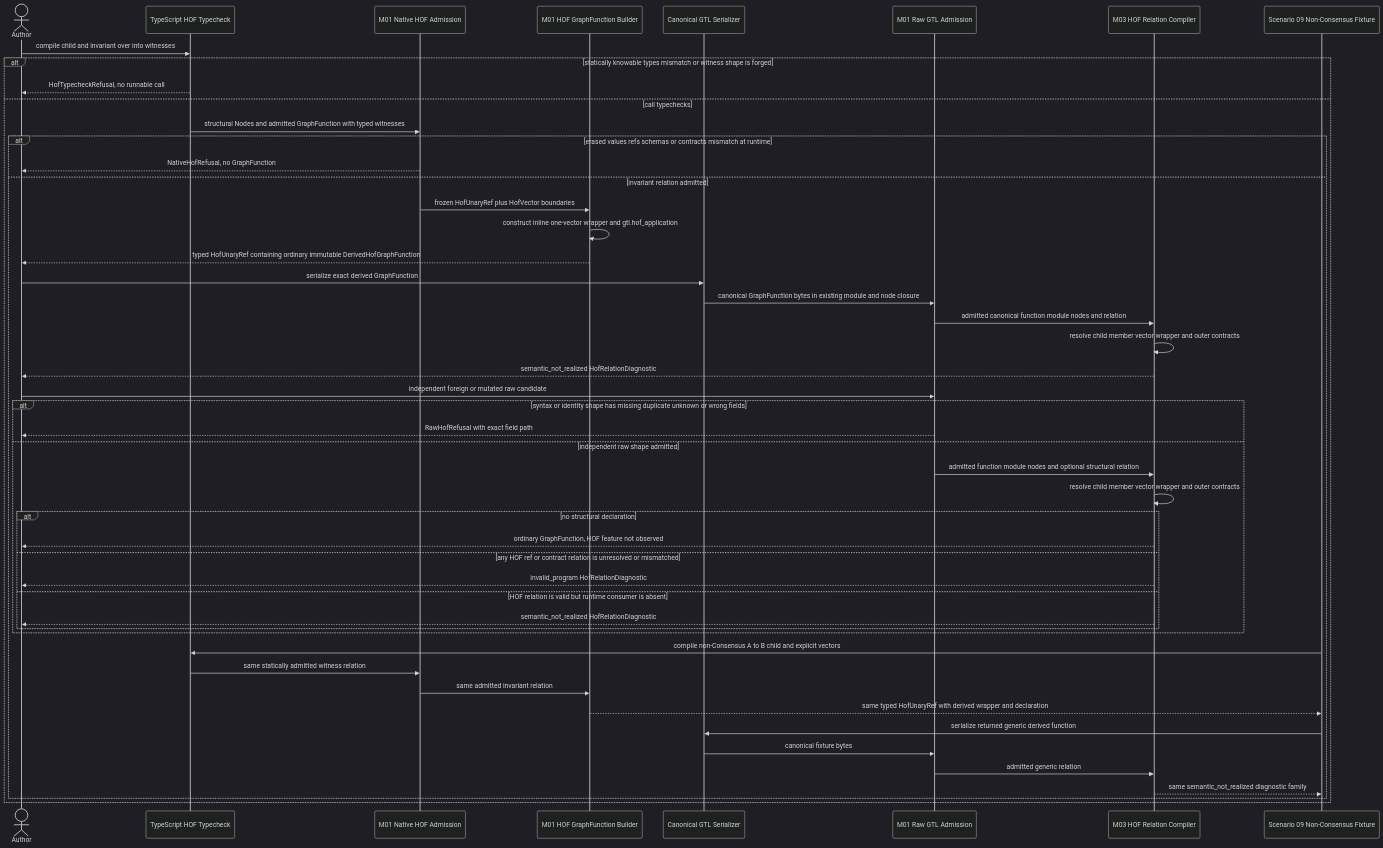
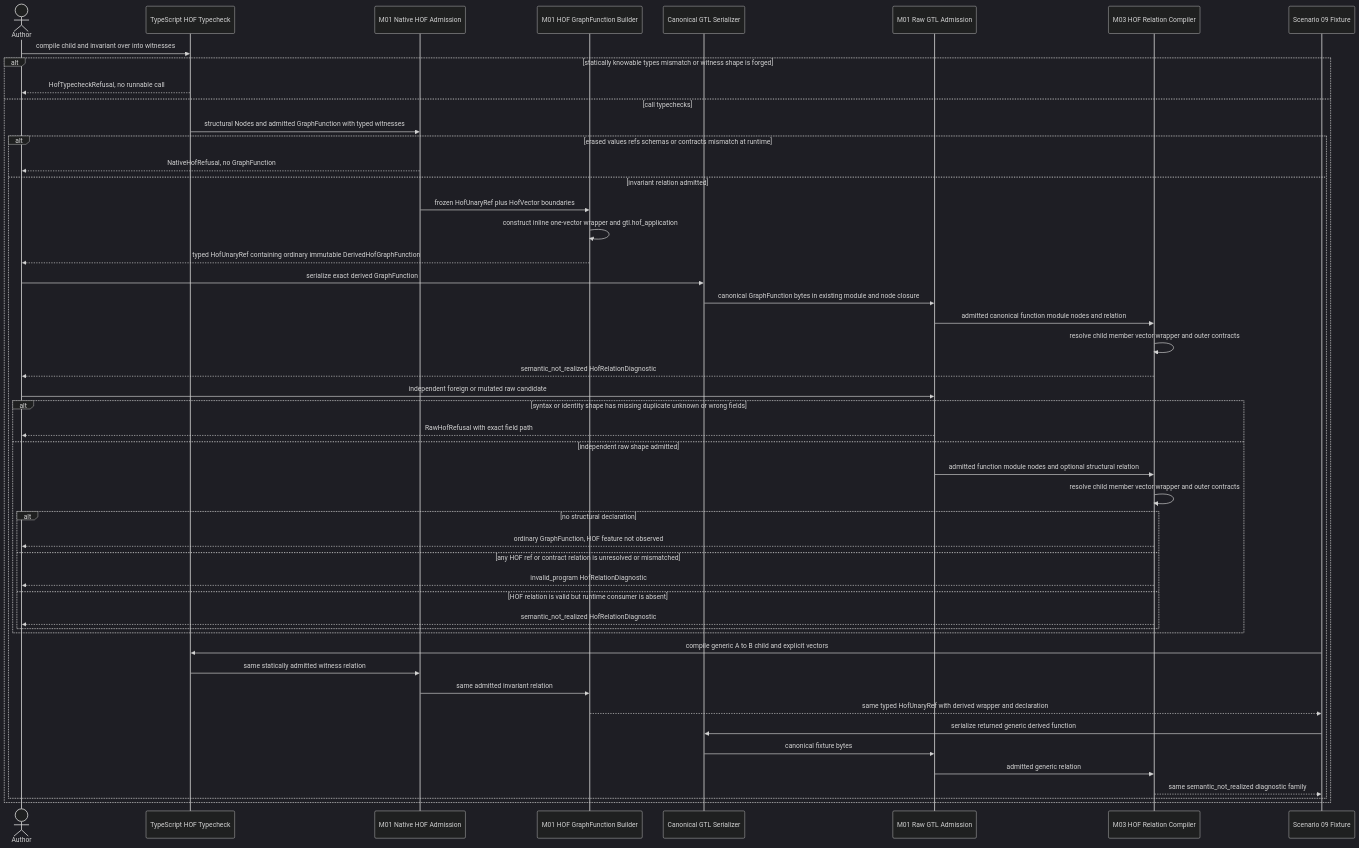
The second of 3 diagrams in build_tenants/abiogenesis/typescript/design/M01_M03_TYPED_HOF_VECTOR_RELATION_BEHAVIOR_DESIGN.md (foolishimp/abiogenesis), drawn with Mermaid (dark theme) before and after one commit. The commit also changed other lines of this file and 61 other files, not shown here.

````diff
--- a/build_tenants/abiogenesis/typescript/design/M01_M03_TYPED_HOF_VECTOR_RELATION_BEHAVIOR_DESIGN.md
+++ b/build_tenants/abiogenesis/typescript/design/M01_M03_TYPED_HOF_VECTOR_RELATION_BEHAVIOR_DESIGN.md
@@ -471,52 +471,52 @@
 ```mermaid
 sequenceDiagram
   actor Author
   participant Typecheck as TypeScript HOF Typecheck
   participant Native as M01 Native HOF Admission
   participant Builder as M01 HOF GraphFunction Builder
   participant Serializer as Canonical GTL Serializer
   participant Raw as M01 Raw GTL Admission
   participant Compiler as M03 HOF Relation Compiler
-  participant Fixture as Scenario 09 Non-Consensus Fixture
+  participant Fixture as Scenario 09 Fixture
 
   Author->>Typecheck: compile child and invariant over into witnesses
   alt statically knowable types mismatch or witness shape is forged
     Typecheck-->>Author: HofTypecheckRefusal, no runnable call
   else call typechecks
     Typecheck->>Native: structural Nodes and admitted GraphFunction with typed witnesses
     alt erased values refs schemas or contracts mismatch at runtime
       Native-->>Author: NativeHofRefusal, no GraphFunction
     else invariant relation admitted
     Native->>Builder: frozen HofUnaryRef plus HofVector boundaries
     Builder->>Builder: construct inline one-vector wrapper and gtl.hof_application
     Builder-->>Author: typed HofUnaryRef containing ordinary immutable DerivedHofGraphFunction
     Author->>Serializer: serialize exact derived GraphFunction
     Serializer->>Raw: canonical GraphFunction bytes in existing module and node closure
     Raw->>Compiler: admitted canonical function module nodes and relation
     Compiler->>Compiler: resolve child member vector wrapper and outer contracts
     Compiler-->>Author: semantic_not_realized HofRelationDiagnostic
     Author->>Raw: independent foreign or mutated raw candidate
     alt syntax or identity shape has missing duplicate unknown or wrong fields
       Raw-->>Author: RawHofRefusal with exact field path
     else independent raw shape admitted
       Raw->>Compiler: admitted function module nodes and optional structural relation
       Compiler->>Compiler: resolve child member vector wrapper and outer contracts
       alt no structural declaration
         Compiler-->>Author: ordinary GraphFunction, HOF feature not observed
       else any HOF ref or contract relation is unresolved or mismatched
         Compiler-->>Author: invalid_program HofRelationDiagnostic
       else HOF relation is valid but runtime consumer is absent
         Compiler-->>Author: semantic_not_realized HofRelationDiagnostic
       end
     end
-    Fixture->>Typecheck: compile non-Consensus A to B child and explicit vectors
+    Fixture->>Typecheck: compile generic A to B child and explicit vectors
     Typecheck->>Native: same statically admitted witness relation
     Native->>Builder: same admitted invariant relation
     Builder-->>Fixture: same typed HofUnaryRef with derived wrapper and declaration
     Fixture->>Serializer: serialize returned generic derived function
     Serializer->>Raw: canonical fixture bytes
     Raw->>Compiler: admitted generic relation
     Compiler-->>Fixture: same semantic_not_realized diagnostic family
     end
   end
 ```
````
